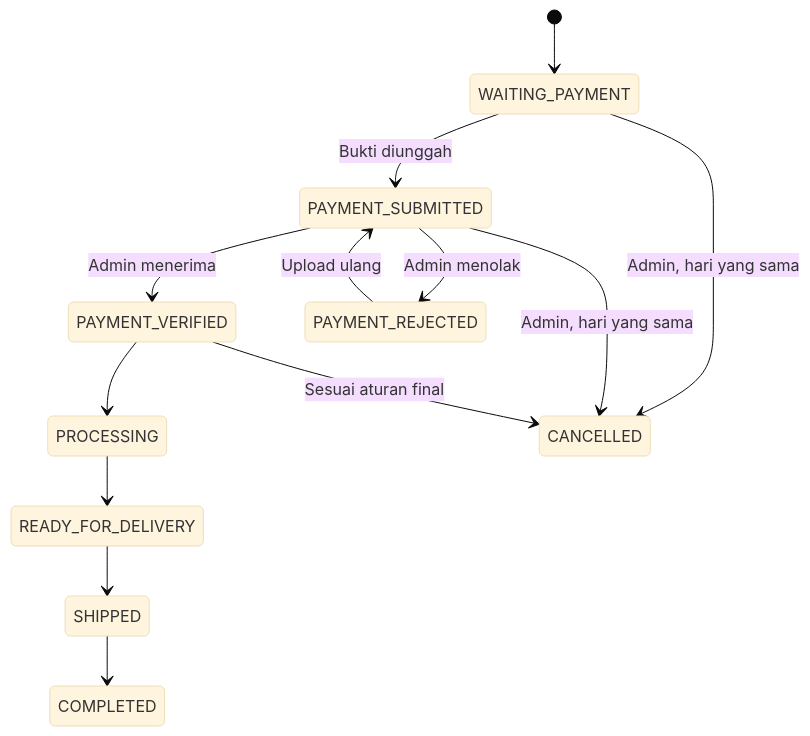
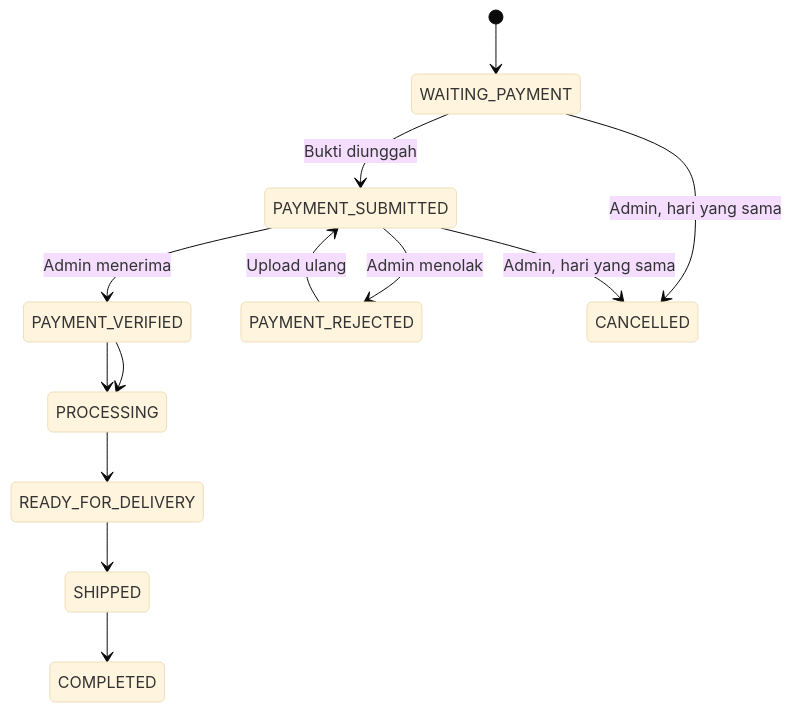
One commit to Webekspres/pixel-komunika changed the second of 2 diagrams in docs/requirements/FRD.md. Above: the diagram before and after it, drawn with Mermaid (base theme). The commit also changed other lines of this file and 4 other files, not shown here.

````diff
--- a/docs/requirements/FRD.md
+++ b/docs/requirements/FRD.md
@@ -250,15 +250,15 @@
 ```mermaid
 stateDiagram-v2
     [*] --> WAITING_PAYMENT
     WAITING_PAYMENT --> PAYMENT_SUBMITTED: Bukti diunggah
     PAYMENT_SUBMITTED --> PAYMENT_VERIFIED: Admin menerima
     PAYMENT_SUBMITTED --> PAYMENT_REJECTED: Admin menolak
     PAYMENT_REJECTED --> PAYMENT_SUBMITTED: Upload ulang
     PAYMENT_VERIFIED --> PROCESSING
     PROCESSING --> READY_FOR_DELIVERY
     READY_FOR_DELIVERY --> SHIPPED
     SHIPPED --> COMPLETED
     WAITING_PAYMENT --> CANCELLED: Admin, hari yang sama
     PAYMENT_SUBMITTED --> CANCELLED: Admin, hari yang sama
-    PAYMENT_VERIFIED --> CANCELLED: Sesuai aturan final
+    PAYMENT_VERIFIED --> PROCESSING
 ```
````
